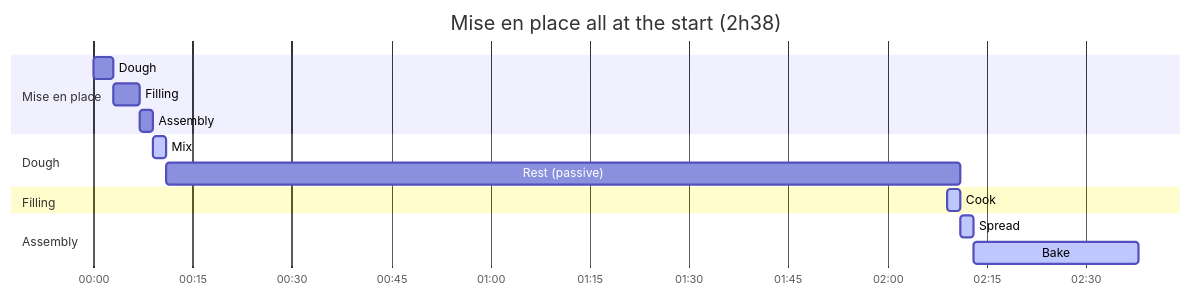
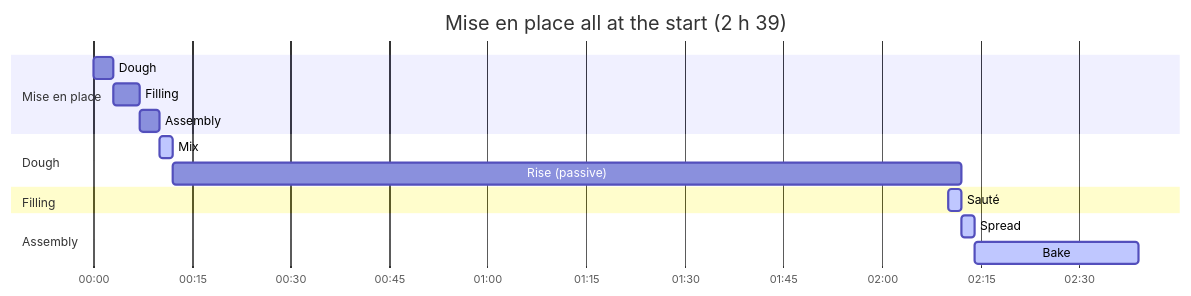
Before and after one commit to gram-lang/gram: the fourth of 5 diagrams in packages/docs/src/content/docs/docs/explanation/alap-scheduling.mdx, drawn with Mermaid. The commit also changed other lines of this file and 126 other files, not shown here.

````diff
--- a/packages/docs/src/content/docs/docs/explanation/alap-scheduling.mdx
+++ b/packages/docs/src/content/docs/docs/explanation/alap-scheduling.mdx
@@ -121,19 +122,19 @@
 ```mermaid
 gantt
-    title Mise en place all at the start (2h38)
+    title Mise en place all at the start (2 h 39)
     dateFormat  HH:mm
     axisFormat %H:%M
     todayMarker off
     section Mise en place
     Dough                             : p1, 00:00, 3m
     Filling                           : p2, 00:03, 4m
-    Assembly                          : p3, 00:07, 2m
+    Assembly                          : p3, 00:07, 3m
     section Dough
-    Mix                               : active, a1, 00:09, 2m
-    Rest (passive)                    : r1, 00:11, 120m
+    Mix                               : active, a1, 00:10, 2m
+    Rise (passive)                    : r1, 00:12, 120m
     section Filling
-    Cook                              : active, a2, 02:09, 2m
+    Sauté                             : active, a2, 02:10, 2m
     section Assembly
-    Spread                            : active, a3, 02:11, 2m
-    Bake                              : active, a4, 02:13, 25m
+    Spread                            : active, a3, 02:12, 2m
+    Bake                              : active, a4, 02:14, 25m
 ```
````
